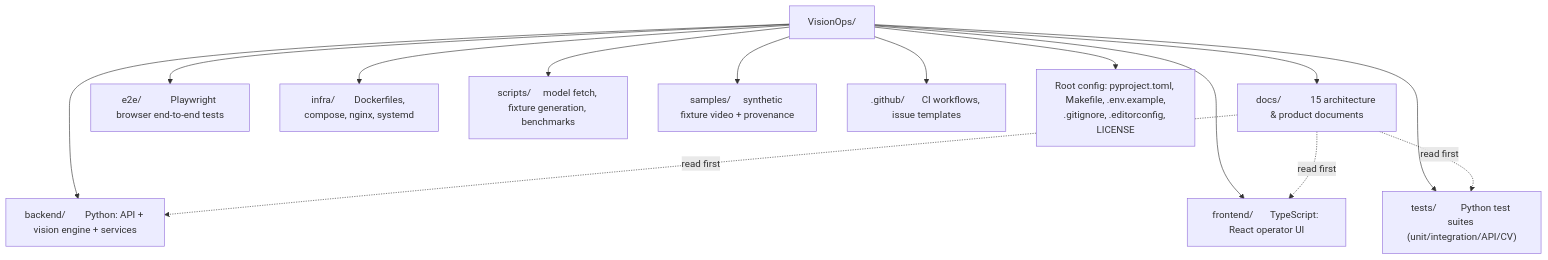
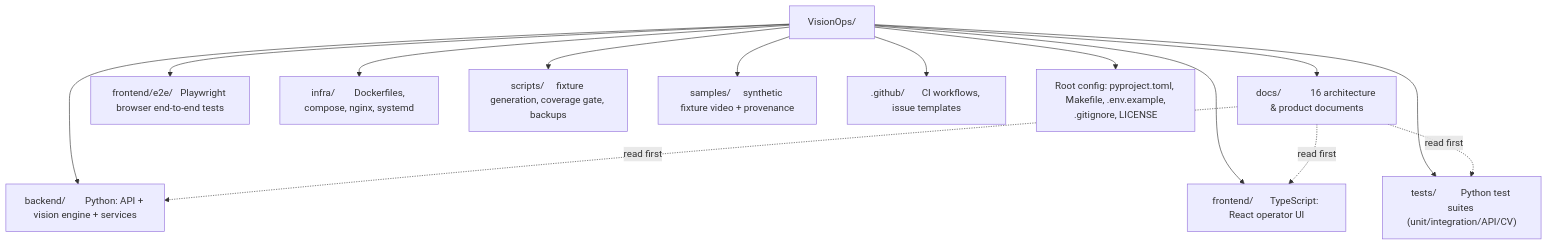
Before and after one commit to okwedavid/VisionOPs: the first of 5 diagrams in docs/REPOSITORY_STRUCTURE.md, drawn with Mermaid. The commit also changed other lines of this file and 4 other files, not shown here.

````diff
--- a/docs/REPOSITORY_STRUCTURE.md
+++ b/docs/REPOSITORY_STRUCTURE.md
@@ -9,16 +9,16 @@
 ```mermaid
 flowchart TB
   ROOT["VisionOps/"]
-  ROOT --> DOCS["docs/            15 architecture & product documents"]
+  ROOT --> DOCS["docs/            16 architecture & product documents"]
   ROOT --> BE["backend/        Python: API + vision engine + services"]
   ROOT --> FE["frontend/       TypeScript: React operator UI"]
   ROOT --> TS["tests/          Python test suites (unit/integration/API/CV)"]
-  ROOT --> E2E["e2e/            Playwright browser end-to-end tests"]
+  ROOT --> E2E["frontend/e2e/   Playwright browser end-to-end tests"]
   ROOT --> INFRA["infra/        Dockerfiles, compose, nginx, systemd"]
-  ROOT --> SCRIPTS["scripts/     model fetch, fixture generation, benchmarks"]
+  ROOT --> SCRIPTS["scripts/     fixture generation, coverage gate, backups"]
   ROOT --> SAMPLES["samples/     synthetic fixture video + provenance"]
   ROOT --> CI[".github/       CI workflows, issue templates"]
-  ROOT --> CFG["Root config: pyproject.toml, Makefile, .env.example,<br/>.gitignore, .editorconfig, LICENSE"]
+  ROOT --> CFG["Root config: pyproject.toml, Makefile, .env.example,<br/>.gitignore, LICENSE"]
 
   DOCS -.->|"read first"| BE & FE & TS
 ```
````
